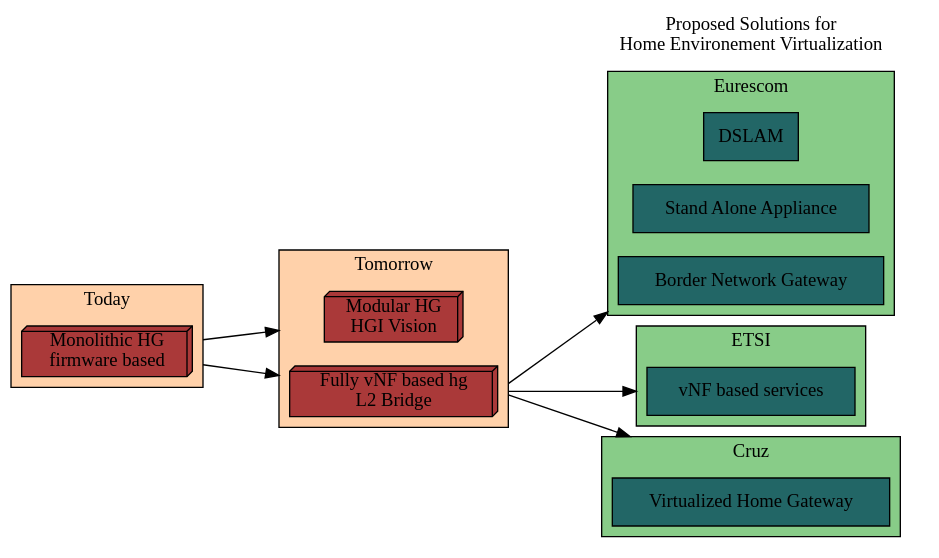
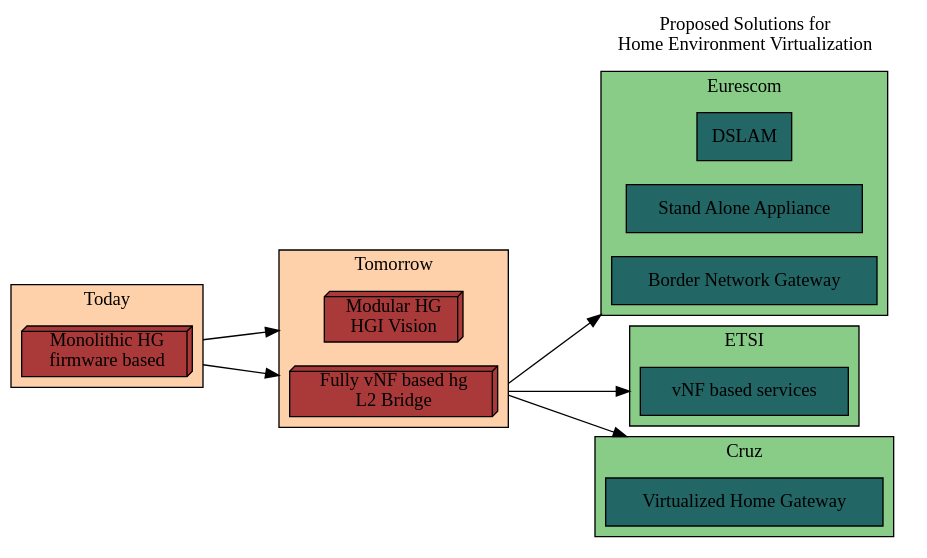
One commit to nherbaut/home-gateway-migration-paper changed the diagram in fig/vhgtrends.dot. Above: the diagram before and after it, drawn with Graphviz. The commit also changed 6 other files, not shown here.

```diff
--- a/fig/vhgtrends.dot
+++ b/fig/vhgtrends.dot
@@ -1,71 +1,71 @@
 digraph graphname {
 compound=true;
 #margin=0;
 #overlap=false;
 splines=false;
 pack=true;
 start="random";
 sep=0.1;
 bgcolor=transparent;	
 rankdir=LR;
 subgraph cluster0{
 	fillcolor="#FFD1AA";
 	style="filled";
 	label="Today";
 mono [label="Monolithic HG\nfirmware based",shape = "box3d", fillcolor="#AA3939", style="filled"];
 
 }
 
 subgraph cluster1{
 	fillcolor="#FFD1AA";
 	style="filled";
 	label="Tomorrow";
 modular[label="Modular HG\nHGI Vision",shape = "box3d", fillcolor="#AA3939", style="filled"];
 full[label="Fully vNF based hg\nL2 Bridge",shape = "box3d", fillcolor="#AA3939", style="filled"];
 }
 
 subgraph cluster2{
 	
 		color="white";
-		label="Proposed Solutions for \nHome Environement Virtualization";
+		label="Proposed Solutions for \nHome Environment Virtualization";
 	
 	subgraph cluster2_1{
 		fillcolor="#88CC88";
 		style="filled";
 		color="black";
 		label="Eurescom";
 		dslam [shape = "box", fillcolor="#226666", style="filled",label="DSLAM"];
 		standa [shape = "box", fillcolor="#226666", style="filled",label="Stand Alone Appliance"];
 		bng [shape = "box", fillcolor="#226666", style="filled",label="Border Network Gateway"];
 	}
 	
 	subgraph cluster2_2{
 		fillcolor="#88CC88";
 		style="filled";
 		color="black";
 		label="ETSI";
 		vnf [shape = "box", fillcolor="#226666", style="filled",label="vNF based services"];
 	}
 	
 	subgraph cluster2_3{
 		fillcolor="#88CC88";
 		style="filled";
 		color="black";
 		label="Cruz";
 		vhg [shape = "box", fillcolor="#226666", style="filled",label="Virtualized Home Gateway"];
 	}
 }
 
 
 
 
 
 	mono -> modular [ltail="cluster0",lhead="cluster1", minlen=2];
 mono -> full [ltail="cluster0",lhead="cluster1",minlen=2];
 full:e -> vnf [lhead="cluster2_2",ltail="cluster1",minlen=2];
 full:e -> vhg:n [lhead="cluster2_3",ltail="cluster1",minlen=2];
 
 full:e -> standa [lhead="cluster2_1",ltail="cluster1",minlen=2];
   
   
 }
```
